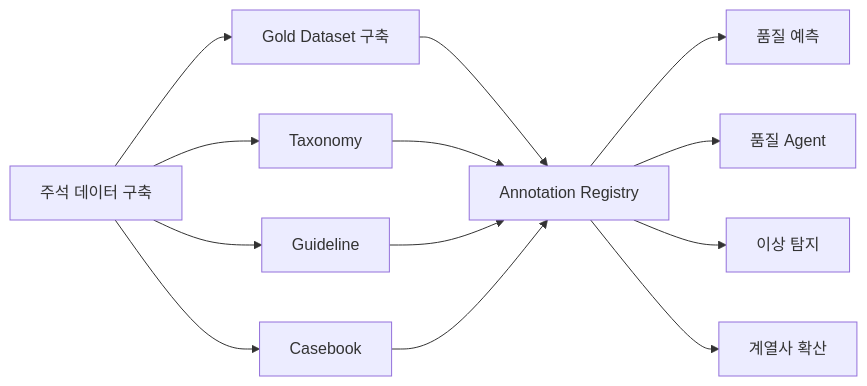
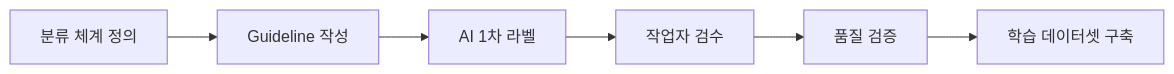
One commit to jin-kearney/ai-ready-data-manual changed the second of 5 diagrams in 가이드 작성/B-2 데이터 해설·주석/claude 수정본 0623.md. Above: the diagram before and after it, drawn with Mermaid. The commit also changed other lines of this file, not shown here.

````diff
--- a/가이드 작성/B-2 데이터 해설·주석/claude 수정본 0623.md
+++ b/가이드 작성/B-2 데이터 해설·주석/claude 수정본 0623.md
@@ -759,21 +467,10 @@
 ```mermaid
 flowchart LR
 
-A[주석 데이터 구축]
---> B[Gold Dataset 구축]
-
-A --> C[Taxonomy]
-A --> D[Guideline]
-A --> E[Casebook]
-
-B --> F[Annotation Registry]
-
-C --> F
-D --> F
-E --> F
-
-F --> G[품질 예측]
-F --> H[품질 Agent]
-F --> I[이상 탐지]
-F --> J[계열사 확산]
+A[분류 체계 정의]
+--> B[Guideline 작성]
+--> C[AI 1차 라벨]
+--> D[작업자 검수]
+--> E[품질 검증]
+--> F[학습 데이터셋 구축]
 ```
````
